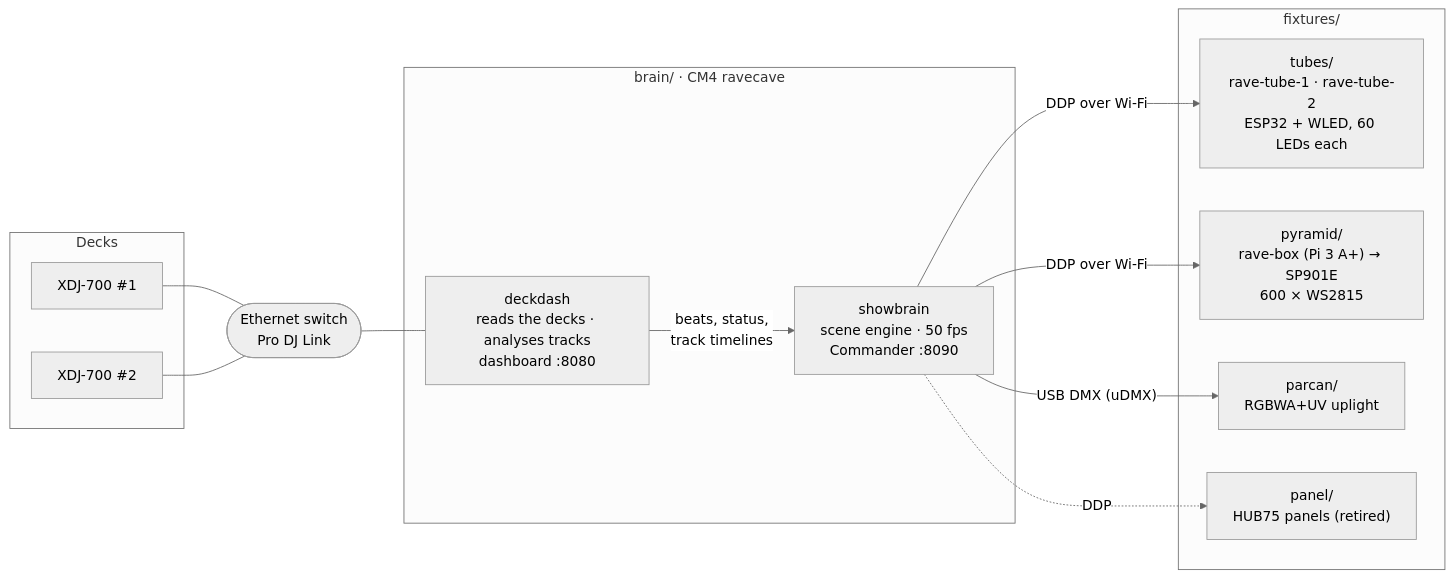
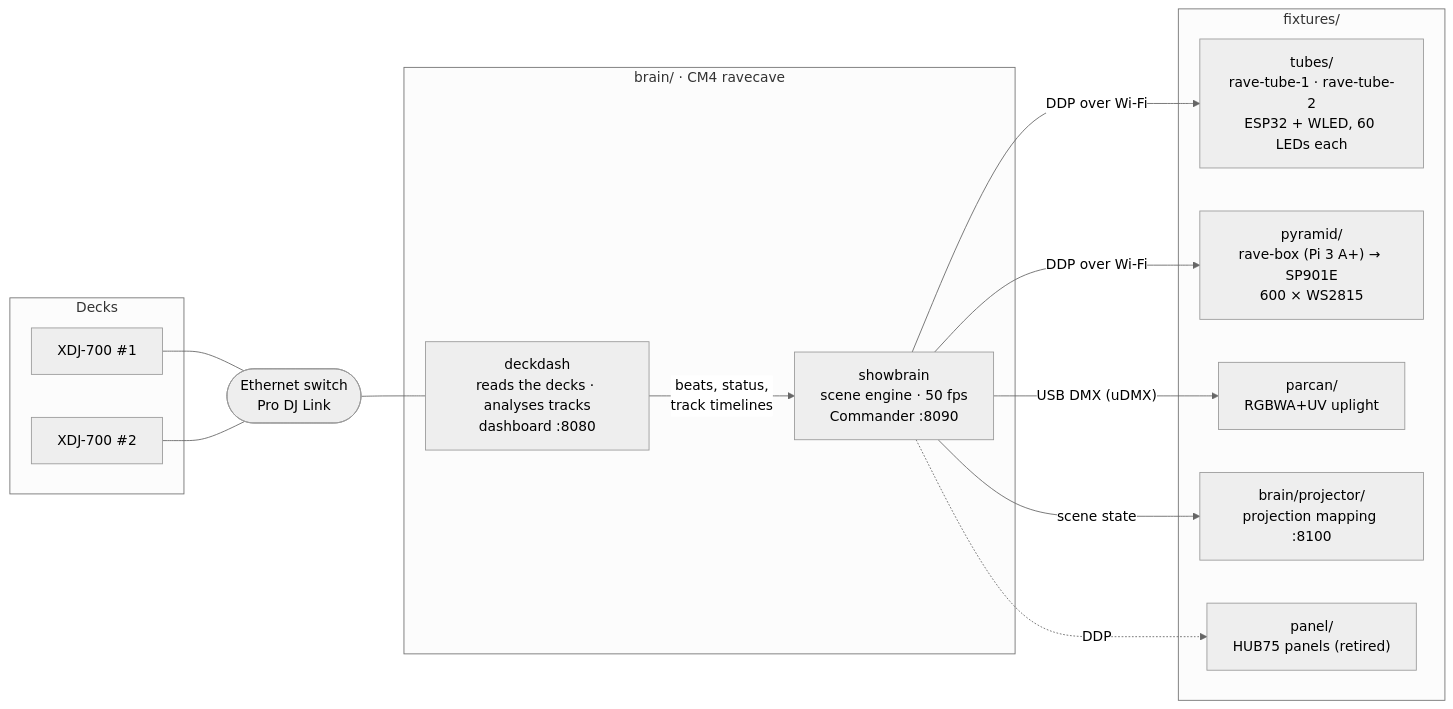
Before and after one commit to AuClark/rave-cave: the diagram in README.md, drawn with Mermaid (neutral theme). The commit also changed other lines of this file and 6 other files, not shown here.

First line of the commit message:
Projection mapping on :8100: surfaces, masks, live editor, presets

````diff
--- a/README.md
+++ b/README.md
@@ -9,28 +9,30 @@
 ```mermaid
 flowchart LR
   subgraph decks ["Decks"]
     d1["XDJ-700 #1"]
     d2["XDJ-700 #2"]
   end
   sw(["Ethernet switch<br/>Pro DJ Link"])
   d1 --- sw
   d2 --- sw
 
   subgraph brain ["brain/ · CM4 ravecave"]
     dd["deckdash<br/>reads the decks · analyses tracks<br/>dashboard :8080"]
     sb["showbrain<br/>scene engine · 50 fps<br/>Commander :8090"]
     dd -->|"beats, status,<br/>track timelines"| sb
   end
   sw --- dd
 
   subgraph fixtures ["fixtures/"]
     tubes["tubes/<br/>rave-tube-1 · rave-tube-2<br/>ESP32 + WLED, 60 LEDs each"]
     pyr["pyramid/<br/>rave-box (Pi 3 A+) → SP901E<br/>600 × WS2815"]
     par["parcan/<br/>RGBWA+UV uplight"]
+    proj["brain/projector/<br/>projection mapping :8100"]
     panel["panel/<br/>HUB75 panels (retired)"]
   end
   sb -->|"DDP over Wi-Fi"| tubes
   sb -->|"DDP over Wi-Fi"| pyr
   sb -->|"USB DMX (uDMX)"| par
+  sb -->|"scene state"| proj
   sb -.->|"DDP"| panel
 ```
````
